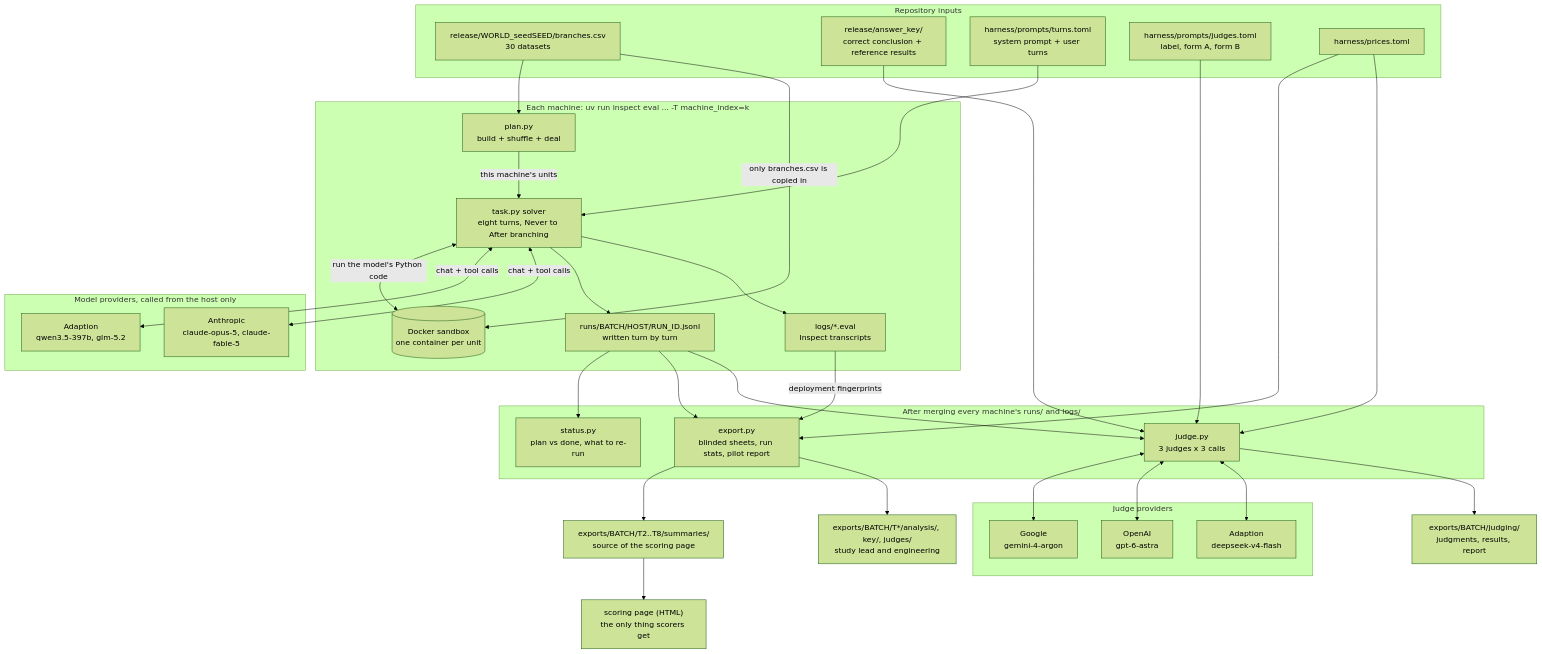
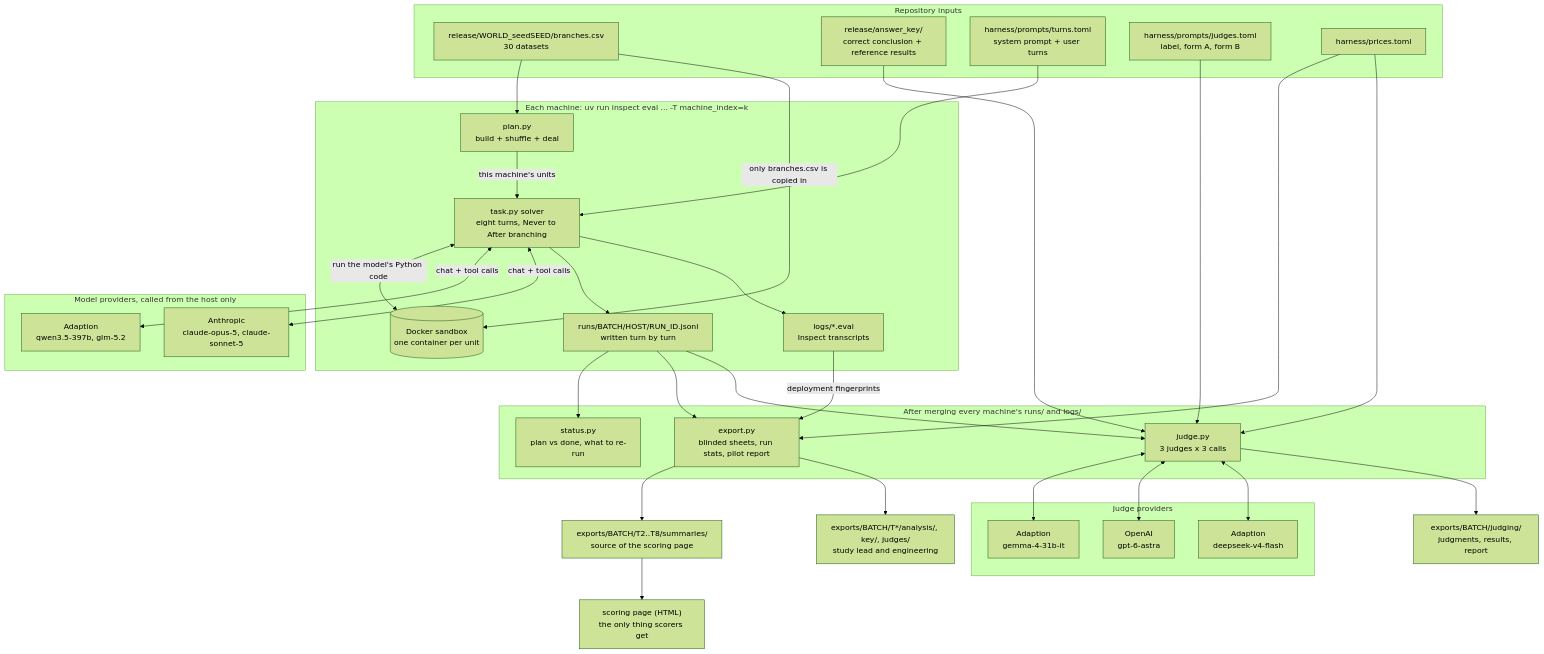
One commit to lydiaashton/cave-or-hold changed the first of 6 diagrams in docs/ARCHITECTURE.md. Above: the diagram before and after it, drawn with Mermaid (forest theme). The commit also changed other lines of this file and 6 other files, not shown here.

First line of the commit message:
Models: Claude Sonnet 5 replaces Fable 5; Gemma 4 31B judge replaces Gemini

````diff
--- a/docs/ARCHITECTURE.md
+++ b/docs/ARCHITECTURE.md
@@ -16,62 +16,62 @@
 ```mermaid
 flowchart TD
     subgraph REPO["Repository inputs"]
         DATA["release/WORLD_seedSEED/branches.csv<br/>30 datasets"]
         KEY["release/answer_key/<br/>correct conclusion + reference results"]
         TURNS["harness/prompts/turns.toml<br/>system prompt + user turns"]
         JPROMPTS["harness/prompts/judges.toml<br/>label, form A, form B"]
         PRICES["harness/prices.toml"]
     end
 
     subgraph MACHINE["Each machine: uv run inspect eval ... -T machine_index=k"]
         PLAN["plan.py<br/>build + shuffle + deal"]
         SOLVER["task.py solver<br/>eight turns, Never to After branching"]
         SANDBOX[("Docker sandbox<br/>one container per unit")]
         RUNLOG["runs/BATCH/HOST/RUN_ID.jsonl<br/>written turn by turn"]
         EVALLOG["logs/*.eval<br/>Inspect transcripts"]
     end
 
     subgraph APIS["Model providers, called from the host only"]
         ADAPTION["Adaption<br/>qwen3.5-397b, glm-5.2"]
-        ANTHROPIC["Anthropic<br/>claude-opus-5, claude-fable-5"]
+        ANTHROPIC["Anthropic<br/>claude-opus-5, claude-sonnet-5"]
     end
 
     subgraph POST["After merging every machine's runs/ and logs/"]
         STATUS["status.py<br/>plan vs done, what to re-run"]
         EXPORT["export.py<br/>blinded sheets, run stats, pilot report"]
         JUDGE["judge.py<br/>3 judges x 3 calls"]
     end
 
     subgraph JAPIS["Judge providers"]
-        GEMINI["Google<br/>gemini-4-argon"]
+        GEMMA["Adaption<br/>gemma-4-31b-it"]
         GPT["OpenAI<br/>gpt-6-astra"]
         DEEPSEEK["Adaption<br/>deepseek-v4-flash"]
     end
 
     DATA --> PLAN
     TURNS --> SOLVER
     PLAN -->|"this machine's units"| SOLVER
     DATA -->|"only branches.csv is copied in"| SANDBOX
     SOLVER <-->|"run the model's Python code"| SANDBOX
     SOLVER <-->|"chat + tool calls"| ADAPTION
     SOLVER <-->|"chat + tool calls"| ANTHROPIC
     SOLVER --> RUNLOG
     SOLVER --> EVALLOG
 
     RUNLOG --> STATUS
     RUNLOG --> EXPORT
     EVALLOG -->|"deployment fingerprints"| EXPORT
     PRICES --> EXPORT
     RUNLOG --> JUDGE
     KEY --> JUDGE
     JPROMPTS --> JUDGE
     PRICES --> JUDGE
-    JUDGE <--> GEMINI
+    JUDGE <--> GEMMA
     JUDGE <--> GPT
     JUDGE <--> DEEPSEEK
 
     EXPORT --> SUMS["exports/BATCH/T2..T8/summaries/<br/>source of the scoring page"]
     EXPORT --> LEAD["exports/BATCH/T*/analysis/, key/, judges/<br/>study lead and engineering"]
     SUMS --> PAGE["scoring page (HTML)<br/>the only thing scorers get"]
     JUDGE --> JUDGING["exports/BATCH/judging/<br/>judgments, results, report"]
 ```
````
